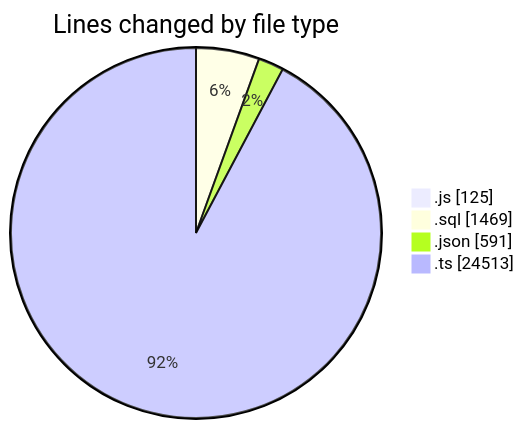
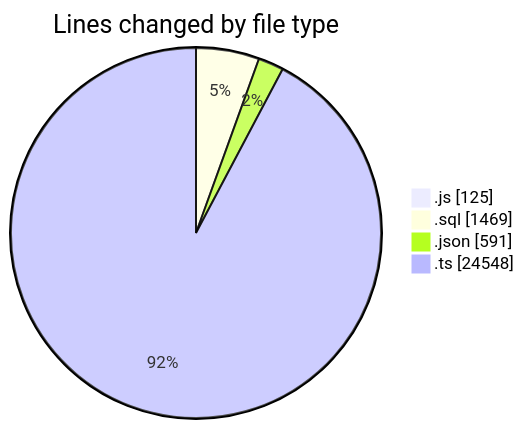
One commit to momahboobian/code-tracking changed the first of 2 diagrams in 2026-05-20/cda/README.md. Above: the diagram before and after it, drawn with Mermaid. The commit also changed other lines of this file and 1 other file, not shown here.

````diff
--- a/2026-05-20/cda/README.md
+++ b/2026-05-20/cda/README.md
@@ -37,8 +37,8 @@
 ```mermaid
 pie showData
 title Lines changed by file type
 ".js" : 125
 ".sql" : 1469
 ".json" : 591
-".ts" : 24513
+".ts" : 24548
 ```
````
